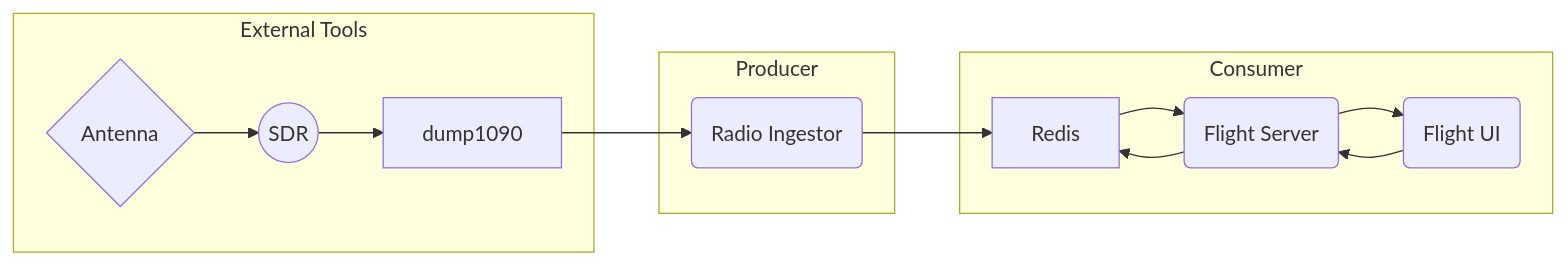
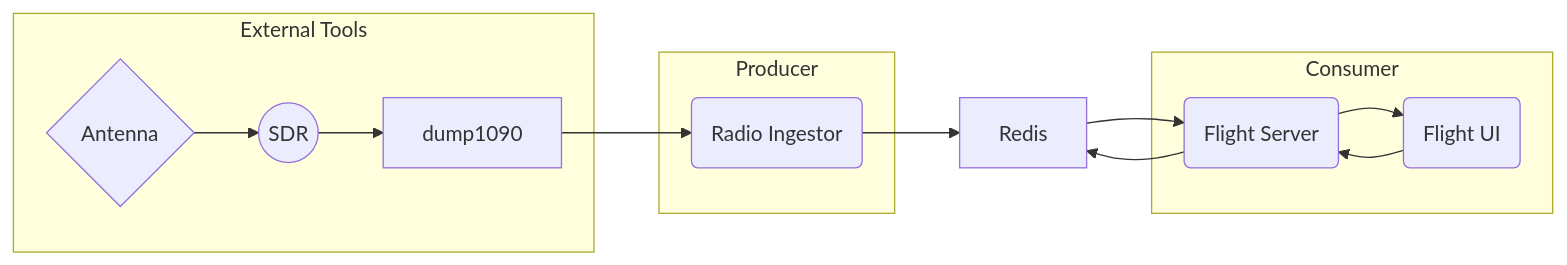
Before and after one commit to guyroyse/tracking-aircraft: the diagram in README.md, drawn with Mermaid.

Commit message:
playing with mermaid some more

````diff
--- a/README.md
+++ b/README.md
@@ -157,17 +157,17 @@
 ```mermaid
 graph LR
   subgraph "External Tools"
     ANT{Antenna} --> SDR((SDR))
     SDR --> DMP[dump1090]
   end
   subgraph "Producer"
     DMP --> ING("Radio Ingestor")
   end
   ING --> RED[Redis]
   RED --> SRV("Flight Server")
+  SRV --> RED
   subgraph "Consumer"
-    SRV --> RED
     SRV --> WEB("Flight UI")
     WEB --> SRV
   end
 ```
````
